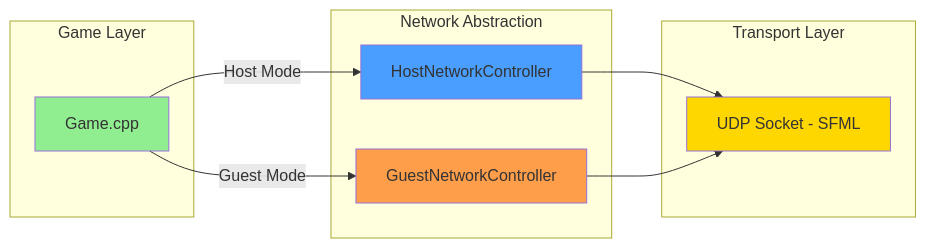
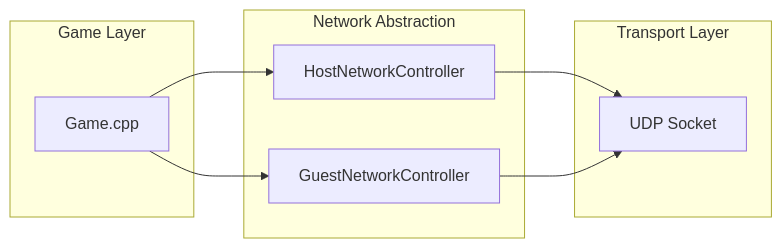
One commit to OlawoleAbayomi-Owodunni/pong-networking changed the second of 6 diagrams in DESIGN_REPORT.md. Above: the diagram before and after it, drawn with Mermaid. The commit also changed other lines of this file, not shown here.

````diff
--- a/DESIGN_REPORT.md
+++ b/DESIGN_REPORT.md
@@ -92,25 +96,20 @@
 ```mermaid
 graph LR
     subgraph "Game Layer"
         GL[Game.cpp]
     end
-    
+
     subgraph "Network Abstraction"
         HNC[HostNetworkController]
         GNC[GuestNetworkController]
     end
-    
+
     subgraph "Transport Layer"
-        UDP[UDP Socket - SFML]
+        UDP[UDP Socket]
     end
-    
-    GL -->|Host Mode| HNC
-    GL -->|Guest Mode| GNC
+
+    GL --> HNC
+    GL --> GNC
     HNC --> UDP
     GNC --> UDP
-    
-    style GL fill:#90ee90
-    style HNC fill:#4a9eff
-    style GNC fill:#ff9e4a
-    style UDP fill:#ffd700
 ```
````
